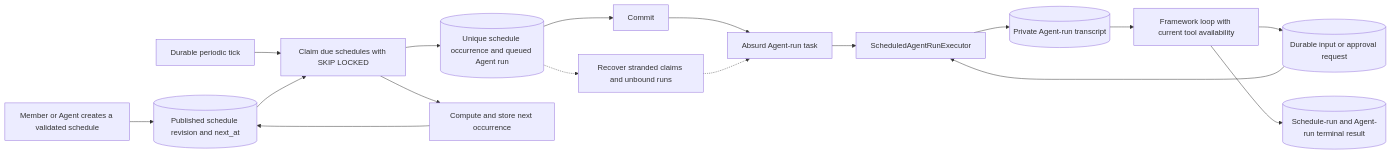
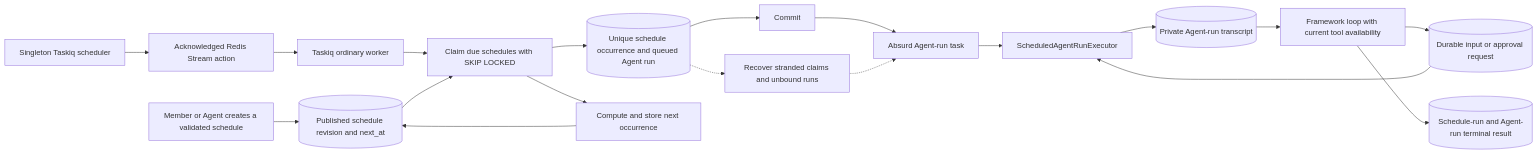
Before and after one commit to veris-pr/eylo-os: diagram 26 of 33 in docs/diagrams/pipeline-data-flows.md, drawn with Mermaid. The commit also changed 35 other files, not shown here.

Commit message:
Document Taskiq ordinary task execution

````diff
--- a/docs/diagrams/pipeline-data-flows.md
+++ b/docs/diagrams/pipeline-data-flows.md
@@ -924,26 +924,28 @@
 ```mermaid
 flowchart LR
     definition["Member or Agent creates a validated schedule"]
     schedule[("Published schedule revision and next_at")]
-    tick["Durable periodic tick"]
+    taskiq_scheduler["Singleton Taskiq scheduler"]
+    tick["Acknowledged Redis Stream action"]
+    task_worker["Taskiq ordinary worker"]
     claim["Claim due schedules with SKIP LOCKED"]
     occurrence[("Unique schedule occurrence and queued Agent run")]
     commit["Commit"]
     absurd["Absurd Agent-run task"]
     executor["ScheduledAgentRunExecutor"]
     replay[("Private Agent-run transcript")]
     framework["Framework loop with current tool availability"]
     wait[("Durable input or approval request")]
     result[("Schedule-run and Agent-run terminal result")]
     next["Compute and store next occurrence"]
     recovery["Recover stranded claims and unbound runs"]
 
     definition --> schedule
-    tick --> claim
+    taskiq_scheduler --> tick --> task_worker --> claim
     schedule --> claim --> occurrence --> commit --> absurd --> executor
     executor --> replay --> framework
     framework --> wait --> executor
     framework --> result
     claim --> next --> schedule
     occurrence -.-> recovery -.-> absurd
 ```
````
